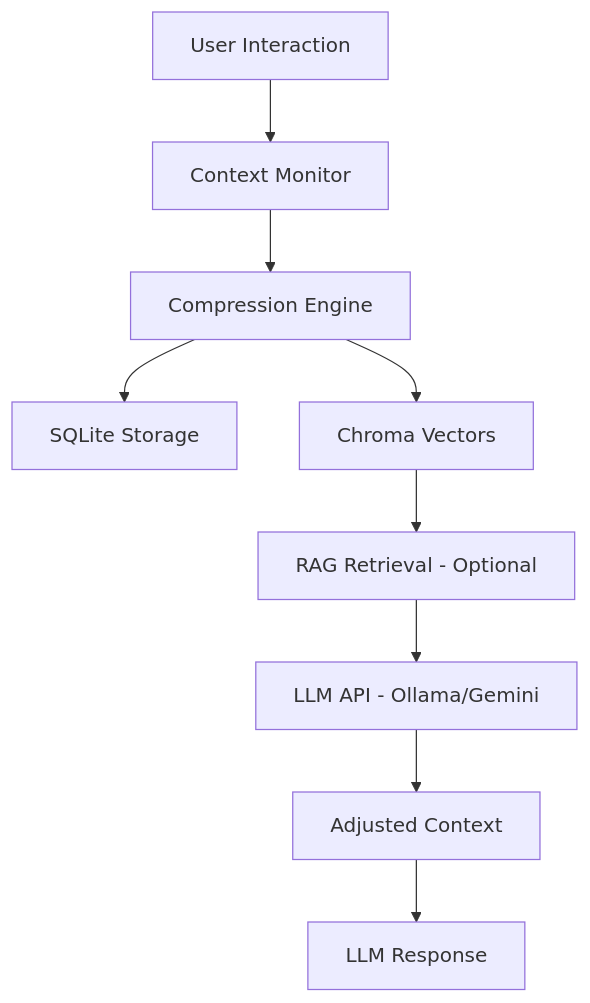
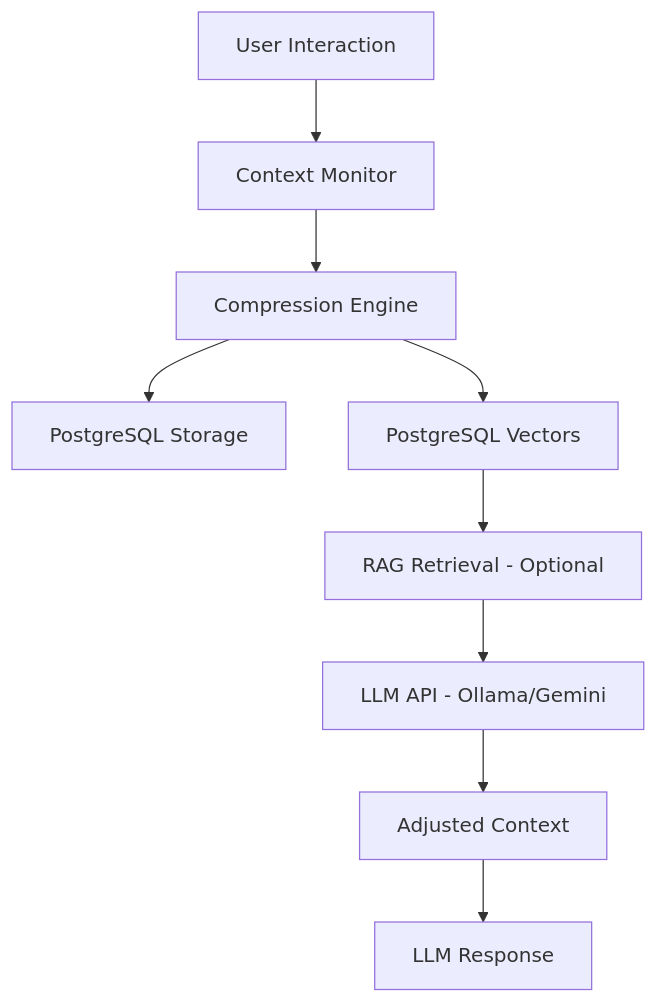
The first of 3 diagrams in CONTEXT_PRD.md (raqkaaq/ArxivResearchAgent), drawn with Mermaid before and after one commit. The commit also changed other lines of this file and 12 other files, not shown here.

````diff
--- a/CONTEXT_PRD.md
+++ b/CONTEXT_PRD.md
@@ -34,11 +34,11 @@
 ```mermaid
 graph TD
     A[User Interaction] --> B[Context Monitor]
     B --> C[Compression Engine]
-    C --> D[SQLite Storage]
-    C --> E[Chroma Vectors]
+    C --> D[PostgreSQL Storage]
+    C --> E[PostgreSQL Vectors]
     E --> F[RAG Retrieval - Optional]
     F --> G[LLM API - Ollama/Gemini]
     G --> H[Adjusted Context]
     H --> I[LLM Response]
 ```
````
